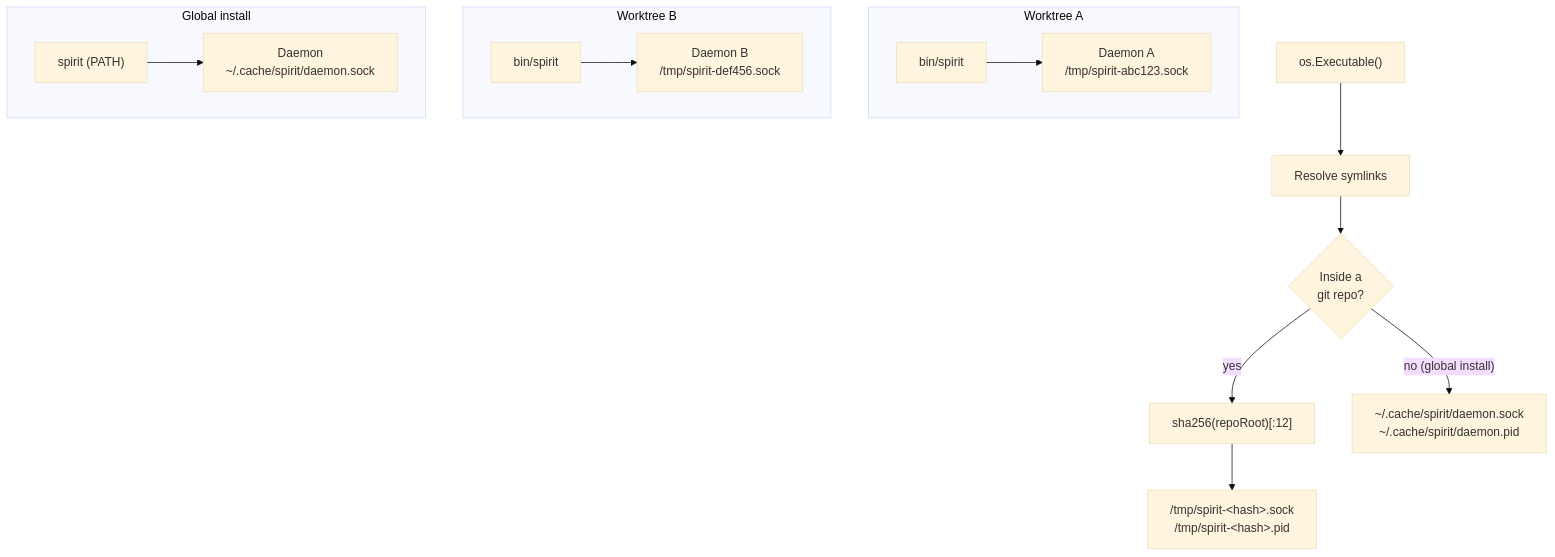
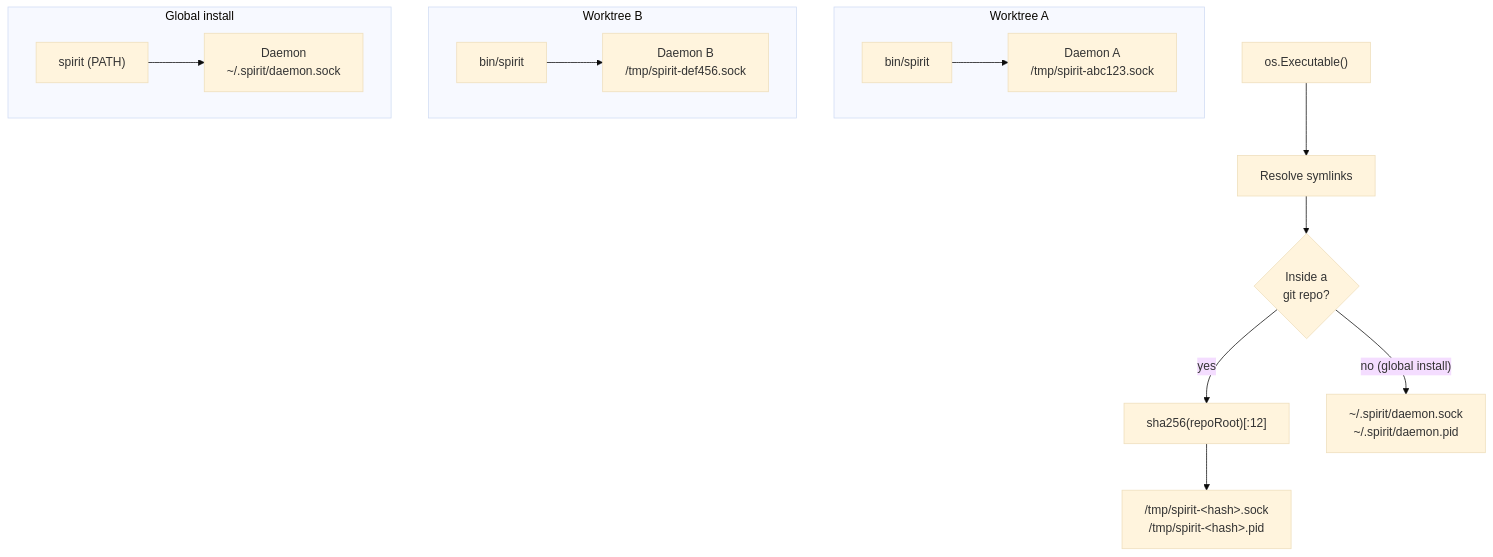
Before and after one commit to huylenq/spirit: the fifth of 8 diagrams in docs/persistence.md, drawn with Mermaid (base theme). The commit also changed other lines of this file and 16 other files, not shown here.

First line of the commit message:
refactor: migrate state directory from ~/.cache/spirit to ~/.spirit

````diff
--- a/docs/persistence.md
+++ b/docs/persistence.md
@@ -355,18 +355,18 @@
 ```mermaid
 flowchart TD
     BIN["os.Executable()"] --> SYM["Resolve symlinks"]
     SYM --> GIT{"Inside a<br/>git repo?"}
     GIT -->|"yes"| HASH["sha256(repoRoot)[:12]"]
     HASH --> TMP["/tmp/spirit-&lt;hash&gt;.sock<br/>/tmp/spirit-&lt;hash&gt;.pid"]
-    GIT -->|"no (global install)"| DEFAULT["~/.cache/spirit/daemon.sock<br/>~/.cache/spirit/daemon.pid"]
+    GIT -->|"no (global install)"| DEFAULT["~/.spirit/daemon.sock<br/>~/.spirit/daemon.pid"]
 
     subgraph "Worktree A"
         WA["bin/spirit"] --> DA["Daemon A<br/>/tmp/spirit-abc123.sock"]
     end
     subgraph "Worktree B"
         WB["bin/spirit"] --> DB["Daemon B<br/>/tmp/spirit-def456.sock"]
     end
     subgraph "Global install"
-        WG["spirit (PATH)"] --> DG["Daemon<br/>~/.cache/spirit/daemon.sock"]
+        WG["spirit (PATH)"] --> DG["Daemon<br/>~/.spirit/daemon.sock"]
     end
 ```
````
